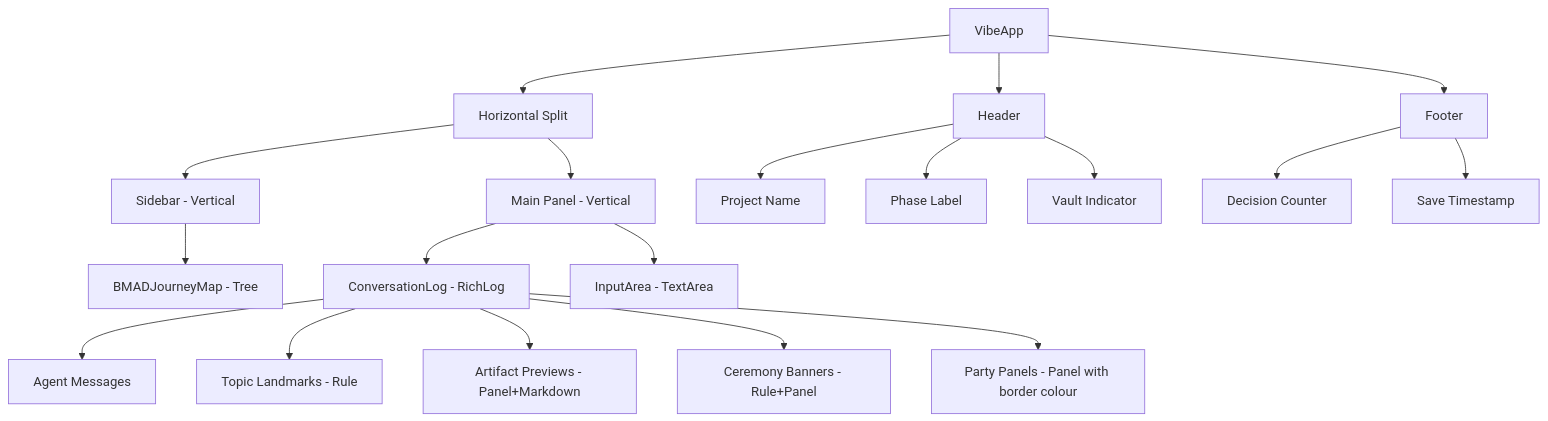
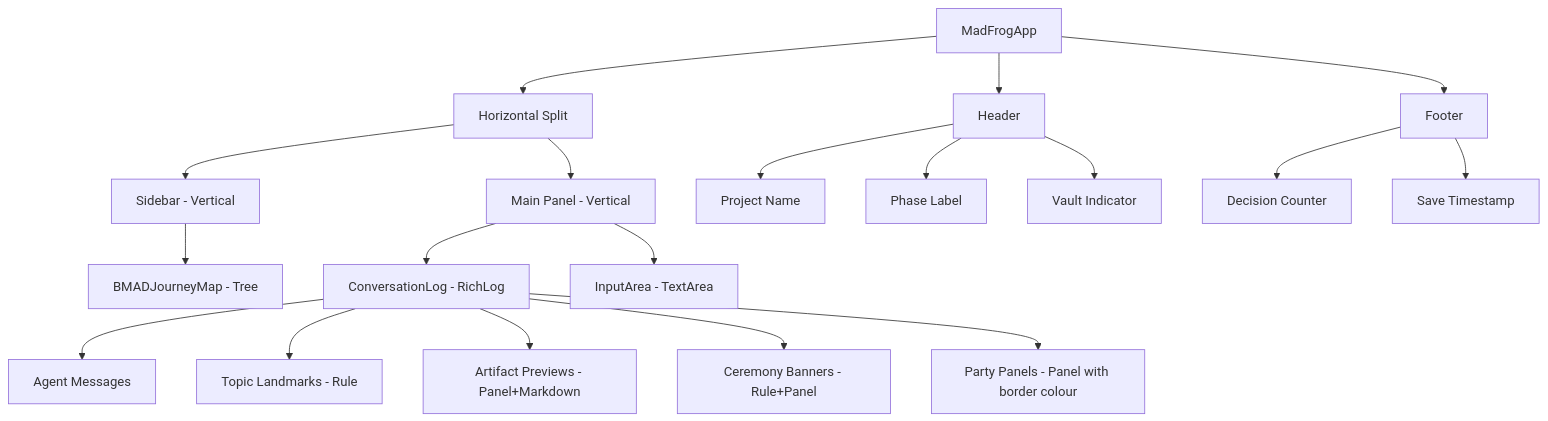
One commit to linusamcm-source/mad-frog changed the seventh of 12 diagrams in _bmad-output/planning-artifacts/ux-design-specification.md. Above: the diagram before and after it, drawn with Mermaid. The commit also changed other lines of this file and 4 other files, not shown here.

````diff
--- a/_bmad-output/planning-artifacts/ux-design-specification.md
+++ b/_bmad-output/planning-artifacts/ux-design-specification.md
@@ -1225,27 +1222,27 @@
 ```mermaid
 flowchart TD
-    VA[VibeApp] --> H[Header]
+    VA[MadFrogApp] --> H[Header]
     VA --> HS[Horizontal Split]
     VA --> F[Footer]
 
     HS --> SB[Sidebar - Vertical]
     HS --> MP[Main Panel - Vertical]
 
     SB --> JM[BMADJourneyMap - Tree]
 
     MP --> CL[ConversationLog - RichLog]
     MP --> IA[InputArea - TextArea]
 
     CL --> AM[Agent Messages]
     CL --> TL[Topic Landmarks - Rule]
     CL --> AP[Artifact Previews - Panel+Markdown]
     CL --> CB[Ceremony Banners - Rule+Panel]
     CL --> PP[Party Panels - Panel with border colour]
 
     H --> PN[Project Name]
     H --> PH[Phase Label]
     H --> VI[Vault Indicator]
 
     F --> DC[Decision Counter]
     F --> ST[Save Timestamp]
 ```
````
